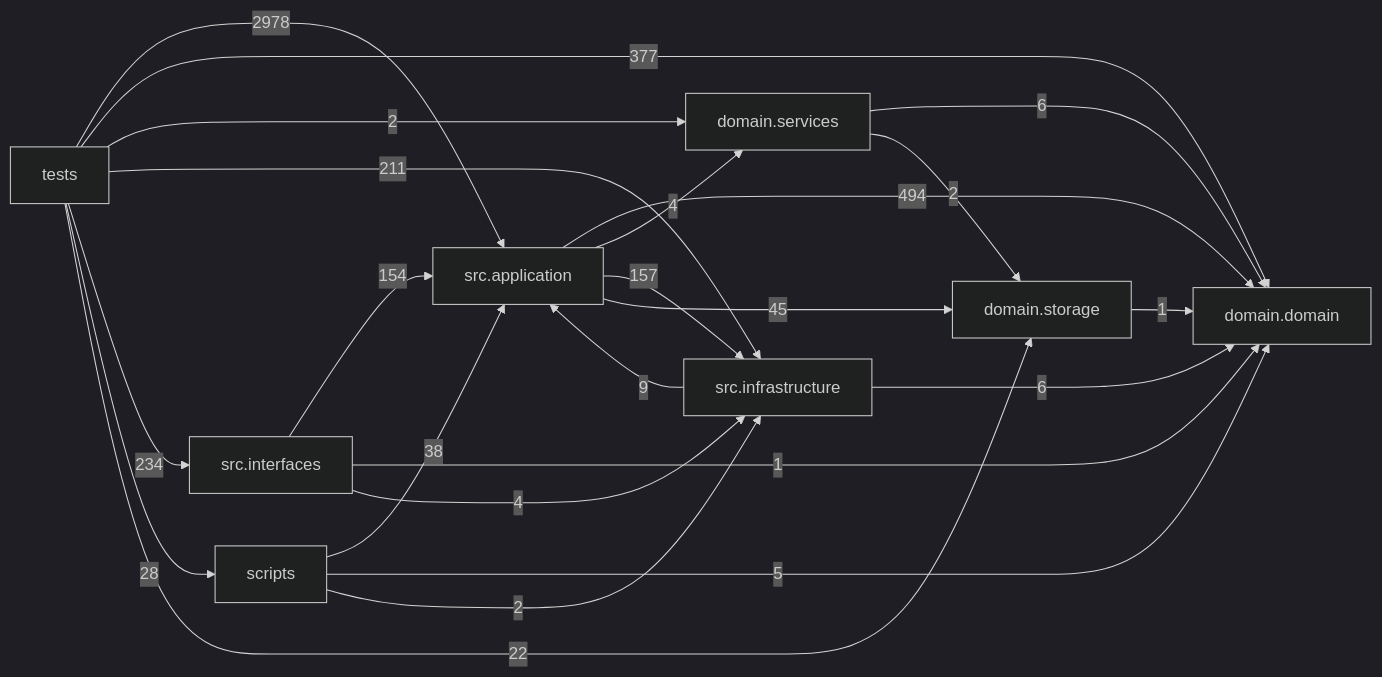
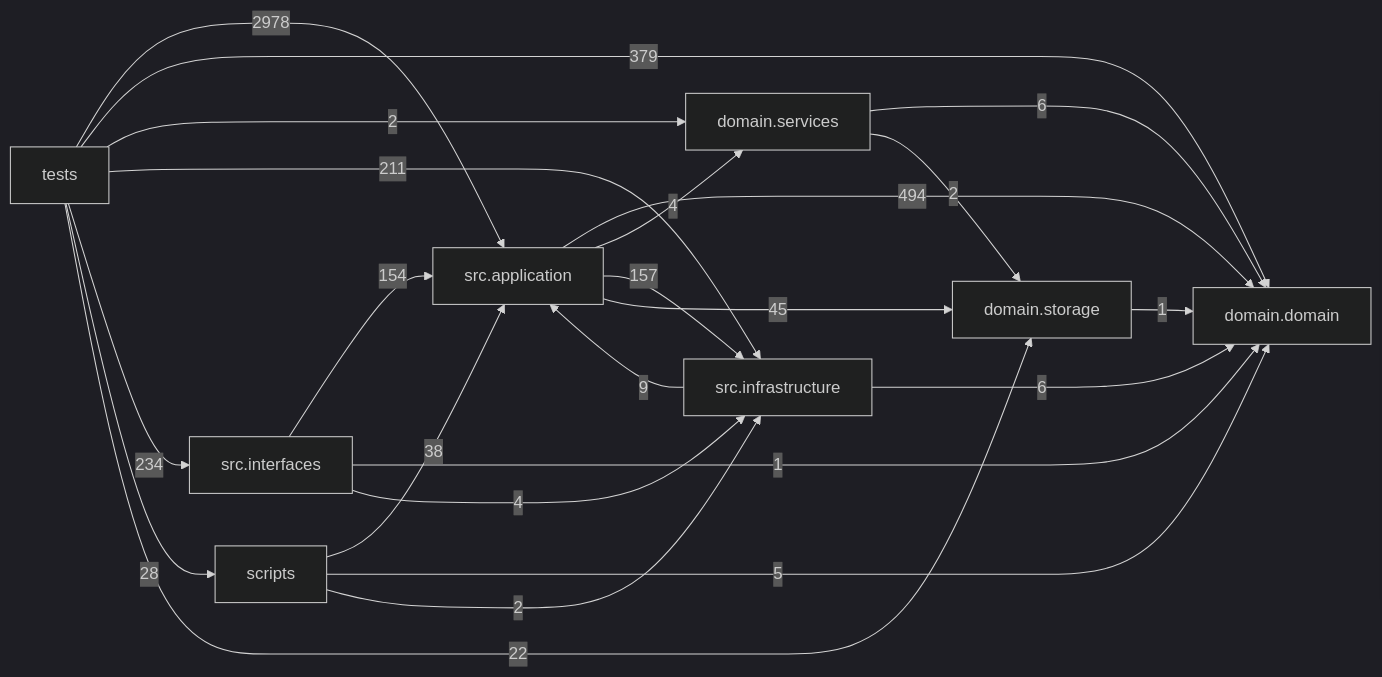
Before and after one commit to liuxie066/options-monitor: the diagram in docs/DEPENDENCY_GRAPH.md, drawn with Mermaid (dark theme). The commit also changed other lines of this file and 12 other files, not shown here.

````diff
--- a/docs/DEPENDENCY_GRAPH.md
+++ b/docs/DEPENDENCY_GRAPH.md
@@ -24,33 +24,33 @@
 ```mermaid
 flowchart LR
   tests["tests"]
   scripts["scripts"]
   interfaces["src.interfaces"]
   application["src.application"]
   infrastructure["src.infrastructure"]
   domain_services["domain.services"]
   domain["domain.domain"]
   storage["domain.storage"]
   application -->|494| domain
   application -->|4| domain_services
   application -->|157| infrastructure
   application -->|45| storage
   domain_services -->|6| domain
   domain_services -->|2| storage
   infrastructure -->|9| application
   infrastructure -->|6| domain
   interfaces -->|154| application
   interfaces -->|1| domain
   interfaces -->|4| infrastructure
   scripts -->|38| application
   scripts -->|5| domain
   scripts -->|2| infrastructure
   storage -->|1| domain
   tests -->|2978| application
-  tests -->|377| domain
+  tests -->|379| domain
   tests -->|2| domain_services
   tests -->|211| infrastructure
   tests -->|234| interfaces
   tests -->|28| scripts
   tests -->|22| storage
 ```
````
